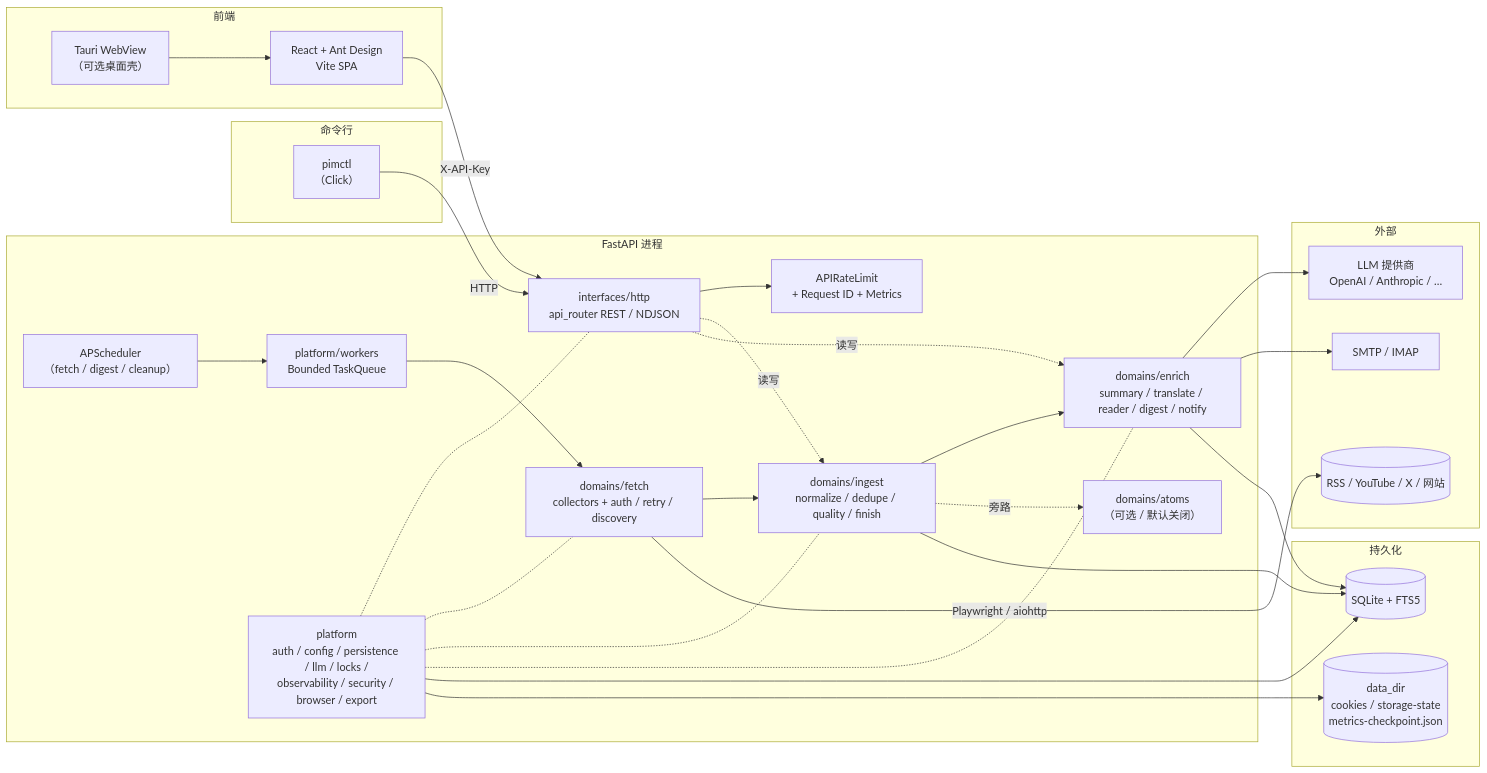
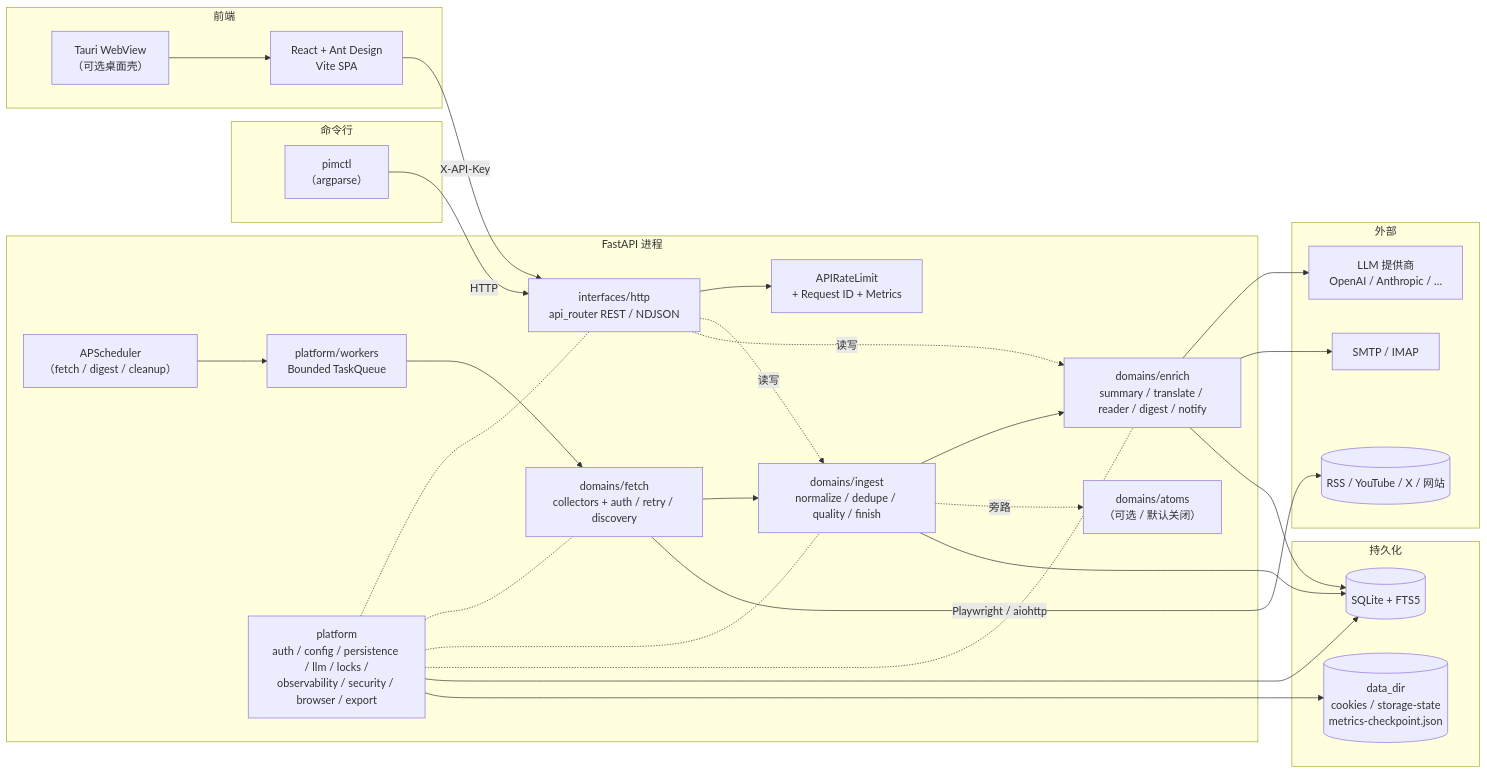
Before and after one commit to wangbubu2023/personal-info-monitor: the first of 4 diagrams in docs/ARCHITECTURE.md, drawn with Mermaid. The commit also changed other lines of this file and 15 other files, not shown here.

````diff
--- a/docs/ARCHITECTURE.md
+++ b/docs/ARCHITECTURE.md
@@ -17,56 +17,56 @@
 ```mermaid
 flowchart LR
   subgraph UI[前端]
     FE[React + Ant Design<br/>Vite SPA]
     TAURI[Tauri WebView<br/>（可选桌面壳）]
   end
 
   subgraph CLI[命令行]
-    PIMCTL[pimctl<br/>（Click）]
+    PIMCTL[pimctl<br/>（argparse）]
   end
 
   subgraph BACKEND[FastAPI 进程]
     API[interfaces/http<br/>api_router REST / NDJSON]
     MIDDLE[APIRateLimit<br/>+ Request ID + Metrics]
     SCHED[APScheduler<br/>（fetch / digest / cleanup）]
     QUEUE[platform/workers<br/>Bounded TaskQueue]
     FETCH[domains/fetch<br/>collectors + auth / retry / discovery]
     INGEST[domains/ingest<br/>normalize / dedupe / quality / finish]
     ENRICH[domains/enrich<br/>summary / translate / reader / digest / notify]
     ATOMS[domains/atoms<br/>（可选 / 默认关闭）]
     PLAT[platform<br/>auth / config / persistence / llm / locks /<br/>observability / security / browser / export]
   end
 
   subgraph DATA[持久化]
     DB[(SQLite + FTS5)]
     FS[(data_dir<br/>cookies / storage-state<br/>metrics-checkpoint.json)]
   end
 
   subgraph EXT[外部]
     SRC[(RSS / YouTube / X / 网站)]
     LLM[LLM 提供商<br/>OpenAI / Anthropic / …]
     MAIL[SMTP / IMAP]
   end
 
   FE -->|X-API-Key| API
   TAURI --> FE
   PIMCTL -->|HTTP| API
 
   API --> MIDDLE
   SCHED --> QUEUE
   QUEUE --> FETCH --> INGEST --> ENRICH
   INGEST -. 旁路 .-> ATOMS
   FETCH -->|Playwright / aiohttp| SRC
   ENRICH --> LLM
   ENRICH --> MAIL
   API -. 读写 .-> INGEST
   API -. 读写 .-> ENRICH
   INGEST --> DB
   ENRICH --> DB
   PLAT -.- API
   PLAT -.- FETCH
   PLAT -.- INGEST
   PLAT -.- ENRICH
   PLAT --> DB
   PLAT --> FS
 ```
````
